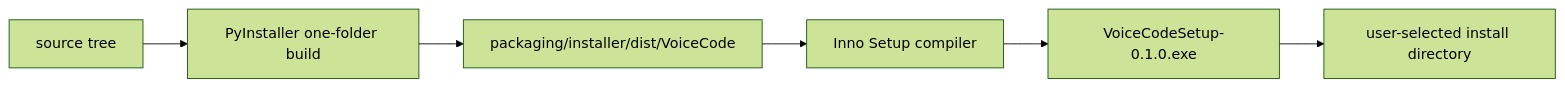
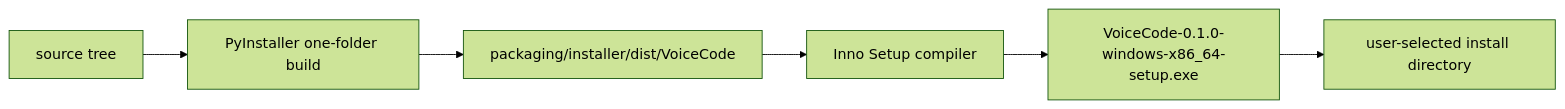
Before and after one commit to learnerbruse1/voicecode: the second of 2 diagrams in docs/ARCHITECTURE.md, drawn with Mermaid (forest theme). The commit also changed 7 other files, not shown here.

````diff
--- a/docs/ARCHITECTURE.md
+++ b/docs/ARCHITECTURE.md
@@ -66,8 +66,8 @@
 ```mermaid
 flowchart LR
     A["source tree"] --> B["PyInstaller one-folder build"]
     B --> C["packaging/installer/dist/VoiceCode"]
     C --> D["Inno Setup compiler"]
-    D --> E["VoiceCodeSetup-0.1.0.exe"]
+    D --> E["VoiceCode-0.1.0-windows-x86_64-setup.exe"]
     E --> F["user-selected install directory"]
 ```
````
